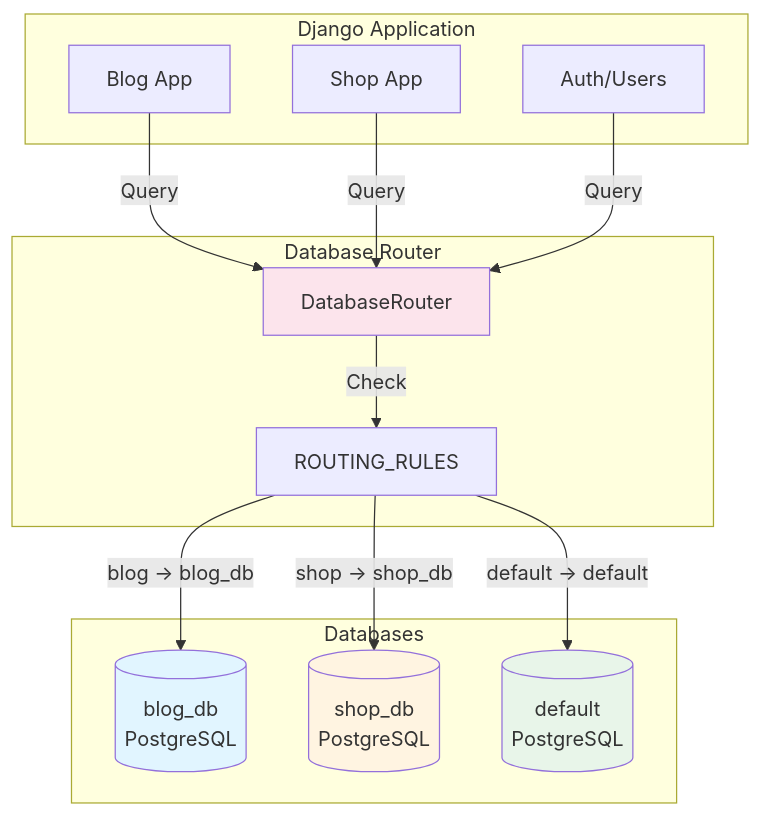
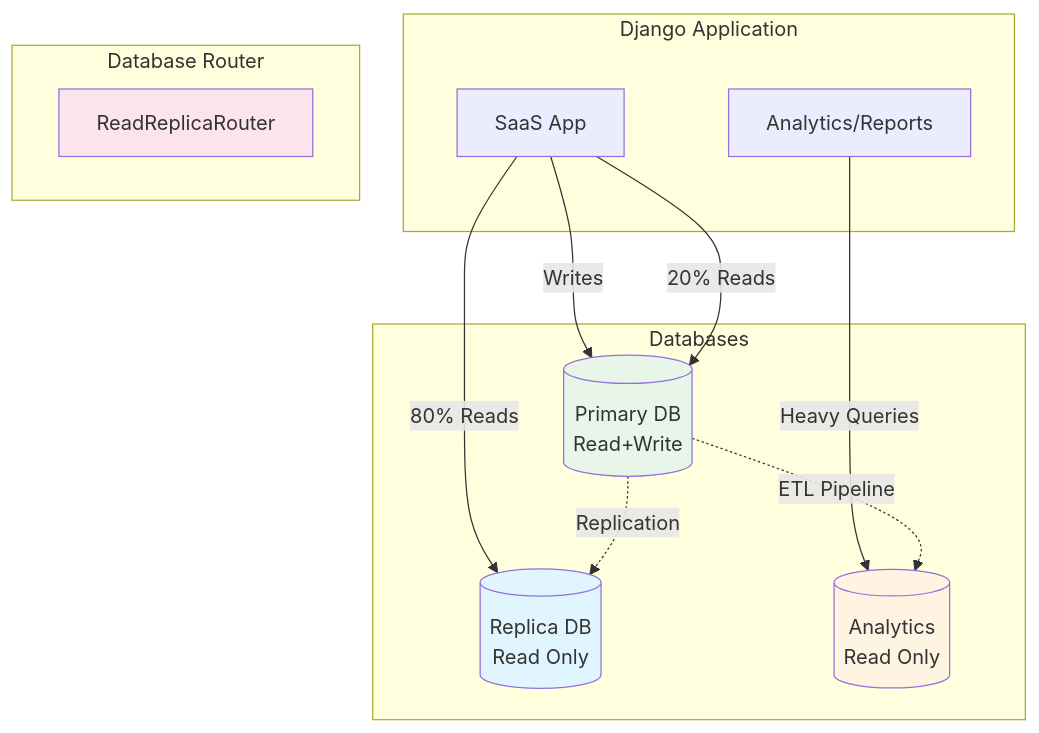
Before and after one commit to markolofsen/django-cfg: the diagram in docs/fundamentals/database/multi-database.md, drawn with Mermaid. The commit also changed other lines of this file and 3855 other files, not shown here.

````diff
--- a/docs/fundamentals/database/multi-database.md
+++ b/docs/fundamentals/database/multi-database.md
@@ -82,33 +146,30 @@
 ```mermaid
 graph TB
     subgraph "Django Application"
-        BlogApp[Blog App]
-        ShopApp[Shop App]
-        AuthApp[Auth/Users]
+        App[SaaS App]
+        Analytics[Analytics/Reports]
     end
 
     subgraph "Database Router"
-        Router[DatabaseRouter]
-        Rules[ROUTING_RULES]
+        Router[ReadReplicaRouter]
     end
 
     subgraph "Databases"
-        BlogDB[(blog_db<br/>PostgreSQL)]
-        ShopDB[(shop_db<br/>PostgreSQL)]
-        MainDB[(default<br/>PostgreSQL)]
+        Primary[(Primary DB<br/>Read+Write)]
+        Replica[(Replica DB<br/>Read Only)]
+        Warehouse[(Analytics<br/>Read Only)]
     end
 
-    BlogApp -->|Query| Router
-    ShopApp -->|Query| Router
-    AuthApp -->|Query| Router
+    App -->|Writes| Primary
+    App -->|80% Reads| Replica
+    App -->|20% Reads| Primary
+    Analytics -->|Heavy Queries| Warehouse
 
-    Router -->|Check| Rules
-    Rules -->|blog → blog_db| BlogDB
-    Rules -->|shop → shop_db| ShopDB
-    Rules -->|default → default| MainDB
+    Primary -.->|Replication| Replica
+    Primary -.->|ETL Pipeline| Warehouse
 
-    style BlogDB fill:#e1f5ff
-    style ShopDB fill:#fff4e1
-    style MainDB fill:#e8f5e9
+    style Primary fill:#e8f5e9
+    style Replica fill:#e1f5ff
+    style Warehouse fill:#fff4e1
     style Router fill:#fce4ec
 ```
````
